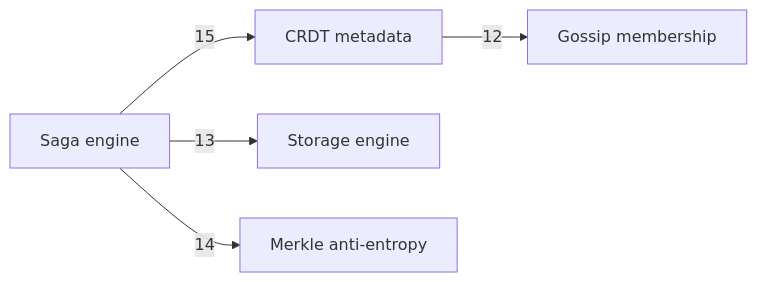
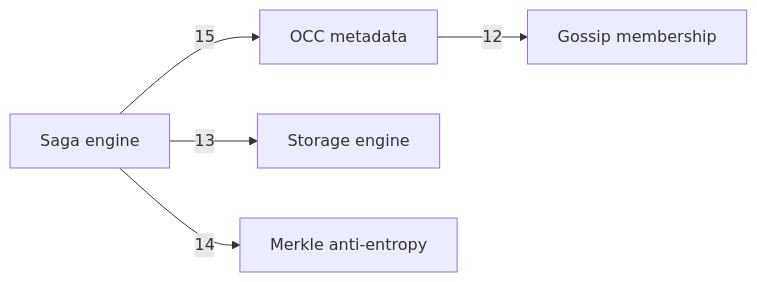
The diagram in docs/c4/diagrams/02-container-d.mmd (nickstrad/decentralized-object-store), drawn with Mermaid before and after one commit. The commit also changed 26 other files, not shown here.

```diff
--- a/docs/c4/diagrams/02-container-d.mmd
+++ b/docs/c4/diagrams/02-container-d.mmd
@@ -1,6 +1,6 @@
 %% draw-visual: -x 4 -y 1 -p 0
 graph LR
-  SAGA[Saga engine] -->|15| CRDT[CRDT metadata]
-  CRDT -->|12| GOSSIP[Gossip membership]
+  SAGA[Saga engine] -->|15| OCC[OCC metadata]
+  OCC -->|12| GOSSIP[Gossip membership]
   SAGA -->|13| STORAGE[Storage engine]
   SAGA -->|14| MERKLE[Merkle anti-entropy]
```
